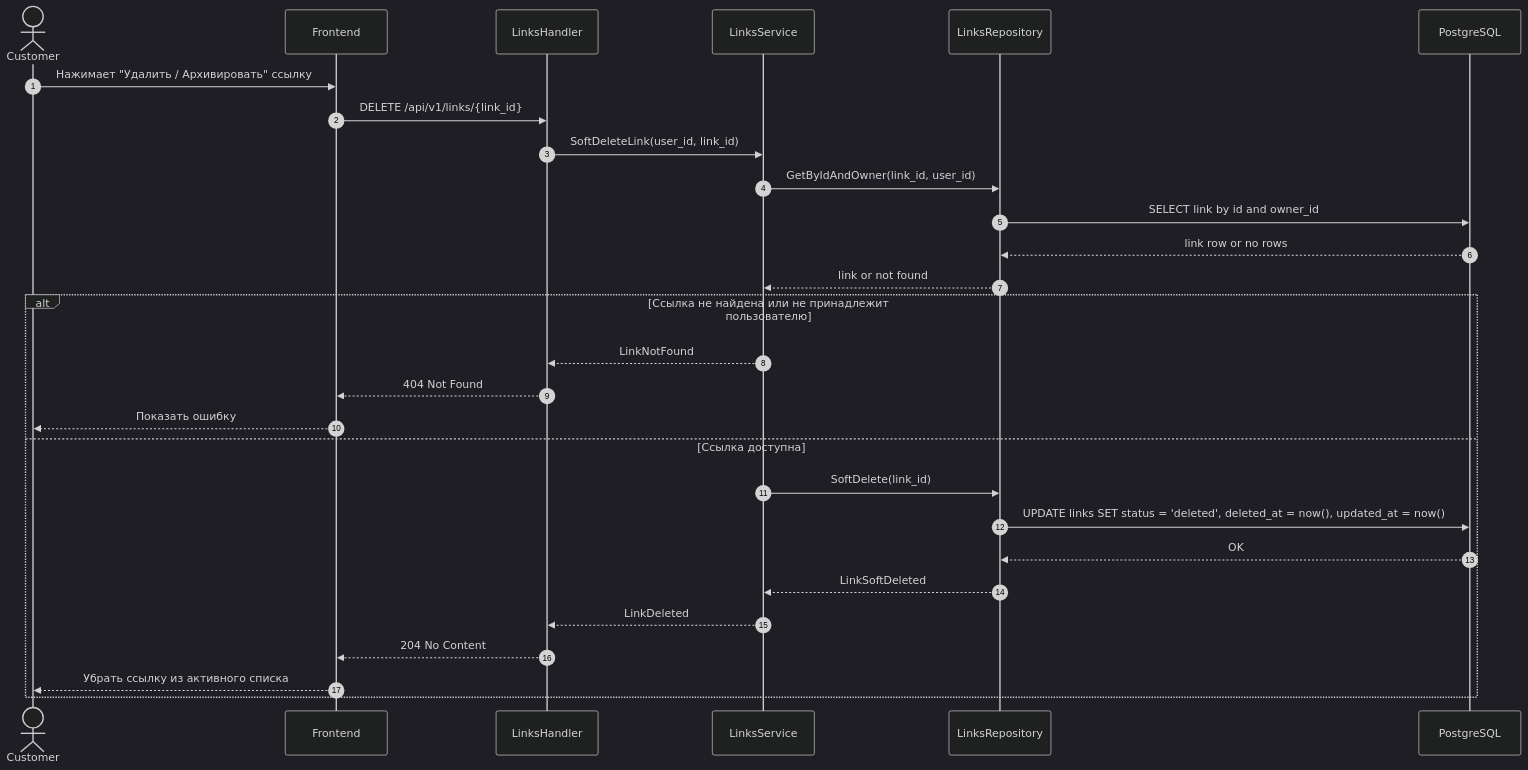
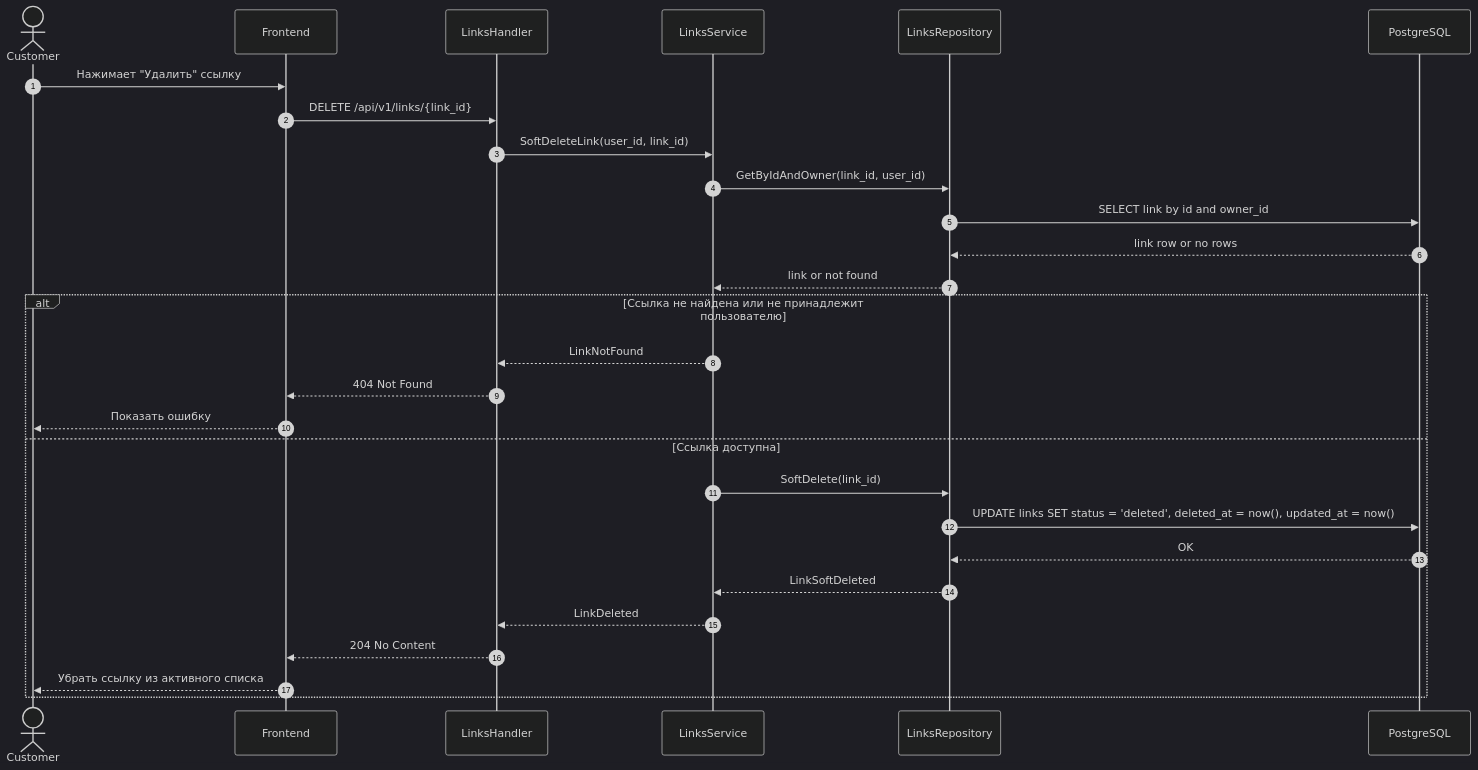
Before and after one commit to k3llone/TrackLink: the diagram in docs/Sequence/SD-13.md, drawn with Mermaid (dark theme). The commit also changed 8 other files, not shown here.

````diff
--- a/docs/Sequence/SD-13.md
+++ b/docs/Sequence/SD-13.md
@@ -3,36 +3,36 @@
 ```mermaid
 sequenceDiagram
     autonumber
 
     actor Customer
     participant FE as Frontend
     participant LH as LinksHandler
     participant LS as LinksService
     participant LR as LinksRepository
     participant DB as PostgreSQL
 
-    Customer->>FE: Нажимает "Удалить / Архивировать" ссылку
+    Customer->>FE: Нажимает "Удалить" ссылку
     FE->>LH: DELETE /api/v1/links/{link_id}
 
     LH->>LS: SoftDeleteLink(user_id, link_id)
 
     LS->>LR: GetByIdAndOwner(link_id, user_id)
     LR->>DB: SELECT link by id and owner_id
     DB-->>LR: link row or no rows
     LR-->>LS: link or not found
 
     alt Ссылка не найдена или не принадлежит пользователю
         LS-->>LH: LinkNotFound
         LH-->>FE: 404 Not Found
         FE-->>Customer: Показать ошибку
     else Ссылка доступна
         LS->>LR: SoftDelete(link_id)
         LR->>DB: UPDATE links SET status = 'deleted', deleted_at = now(), updated_at = now()
         DB-->>LR: OK
         LR-->>LS: LinkSoftDeleted
 
         LS-->>LH: LinkDeleted
         LH-->>FE: 204 No Content
         FE-->>Customer: Убрать ссылку из активного списка
     end
 ```
````
